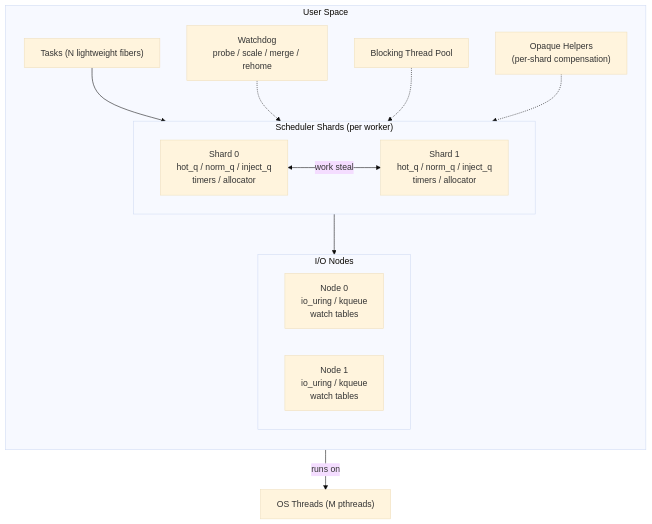
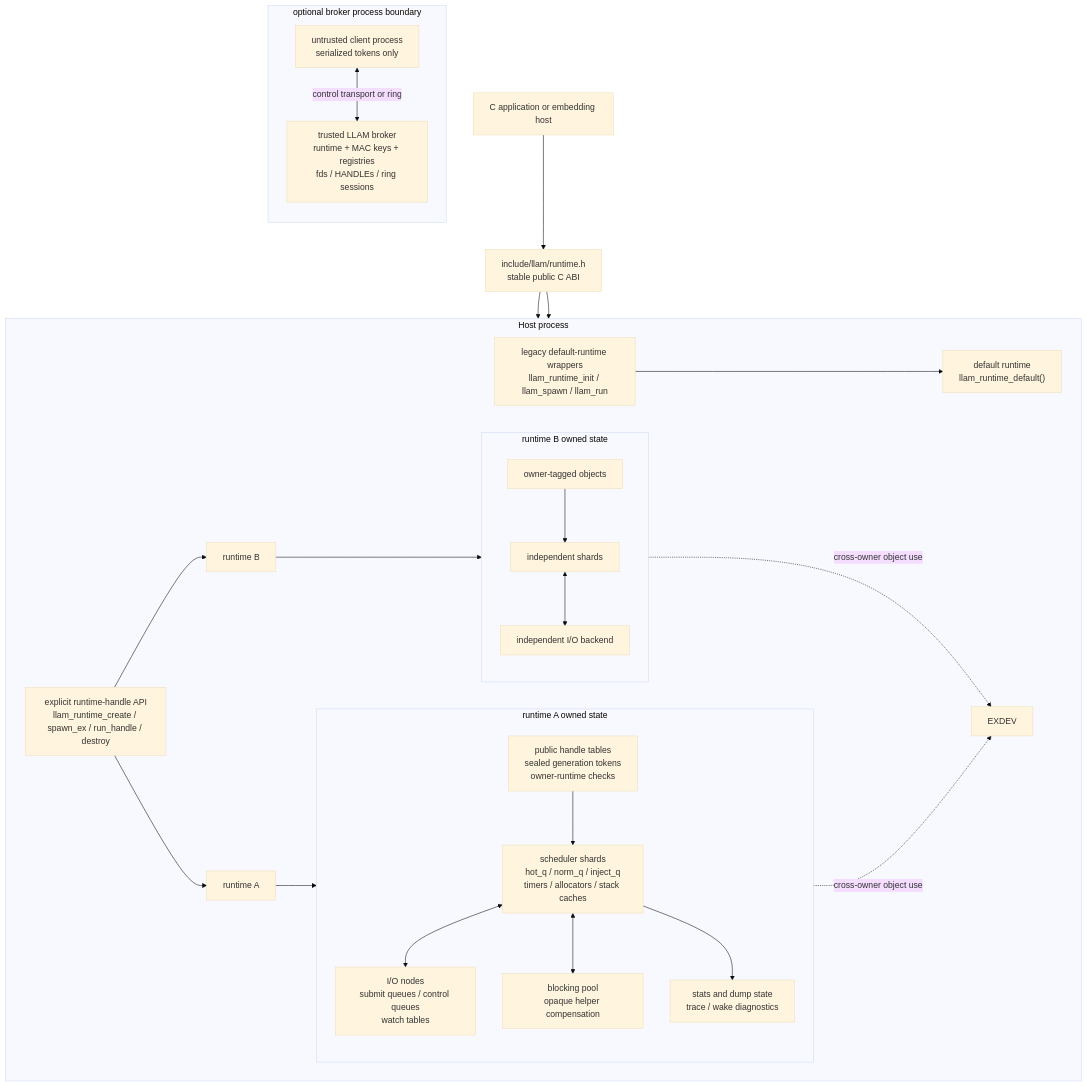
Before and after one commit to Feralthedogg/LLAM: the first of 3 diagrams in README.md, drawn with Mermaid (base theme). The commit also changed other lines of this file and 100 other files, not shown here.

Commit message:
Prepare LLAM 2.0 runtime hardening

````diff
--- a/README.md
+++ b/README.md
@@ -1003,23 +1066,47 @@
 ```mermaid
 flowchart TB
-    subgraph UserSpace["User Space"]
+    App["C application or embedding host"] --> PublicAPI["include/llam/runtime.h\nstable public C ABI"]
+    PublicAPI --> DefaultAPI["legacy default-runtime wrappers\nllam_runtime_init / llam_spawn / llam_run"]
+    PublicAPI --> HandleAPI["explicit runtime-handle API\nllam_runtime_create / spawn_ex / run_handle / destroy"]
+
+    subgraph Process["Host process"]
+        direction LR
+        DefaultAPI --> DefaultRuntime["default runtime\nllam_runtime_default()"]
+        HandleAPI --> RuntimeA["runtime A"]
+        HandleAPI --> RuntimeB["runtime B"]
+
+        subgraph RuntimeAState["runtime A owned state"]
+            direction TB
+            RegistryA["public handle tables\nsealed generation tokens\nowner-runtime checks"]
+            ShardsA["scheduler shards\nhot_q / norm_q / inject_q\ntimers / allocators / stack caches"]
+            NodesA["I/O nodes\nsubmit queues / control queues\nwatch tables"]
+            BlockA["blocking pool\nopaque helper compensation"]
+            DebugA["stats and dump state\ntrace / wake diagnostics"]
+            RegistryA --> ShardsA
+            ShardsA <--> NodesA
+            ShardsA <--> BlockA
+            ShardsA --> DebugA
+        end
+
+        subgraph RuntimeBState["runtime B owned state"]
+            direction TB
+            RegistryB["owner-tagged objects"]
+            ShardsB["independent shards"]
+            NodesB["independent I/O backend"]
+            RegistryB --> ShardsB
+            ShardsB <--> NodesB
+        end
+
+        RuntimeA --> RegistryA
+        RuntimeB --> RegistryB
+        RegistryA -. "cross-owner object use" .-> EXDEV["EXDEV"]
+        RegistryB -. "cross-owner object use" .-> EXDEV
+    end
+
+    subgraph BrokerBoundary["optional broker process boundary"]
         direction TB
-        Tasks["Tasks (N lightweight fibers)"] --> Shards
-        subgraph Shards["Scheduler Shards (per worker)"]
-            direction LR
-            S0["Shard 0\nhot_q / norm_q / inject_q\ntimers / allocator"]
-            S1["Shard 1\nhot_q / norm_q / inject_q\ntimers / allocator"]
-            S0 <-->|work steal| S1
-        end
-        Shards --> Nodes
-        subgraph Nodes["I/O Nodes"]
-            direction LR
-            N0["Node 0\nio_uring / kqueue\nwatch tables"]
-            N1["Node 1\nio_uring / kqueue\nwatch tables"]
-        end
-        Watchdog["Watchdog\nprobe / scale / merge / rehome"] -.-> Shards
-        BlockPool["Blocking Thread Pool"] -.-> Shards
-        OpaqueHelpers["Opaque Helpers\n(per-shard compensation)"] -.-> Shards
+        Client["untrusted client process\nserialized tokens only"]
+        Broker["trusted LLAM broker\nruntime + MAC keys + registries\nfds / HANDLEs / ring sessions"]
+        Client <-->|control transport or ring| Broker
     end
-    Shards -->|runs on| Workers["OS Threads (M pthreads)"]
 ```
````
